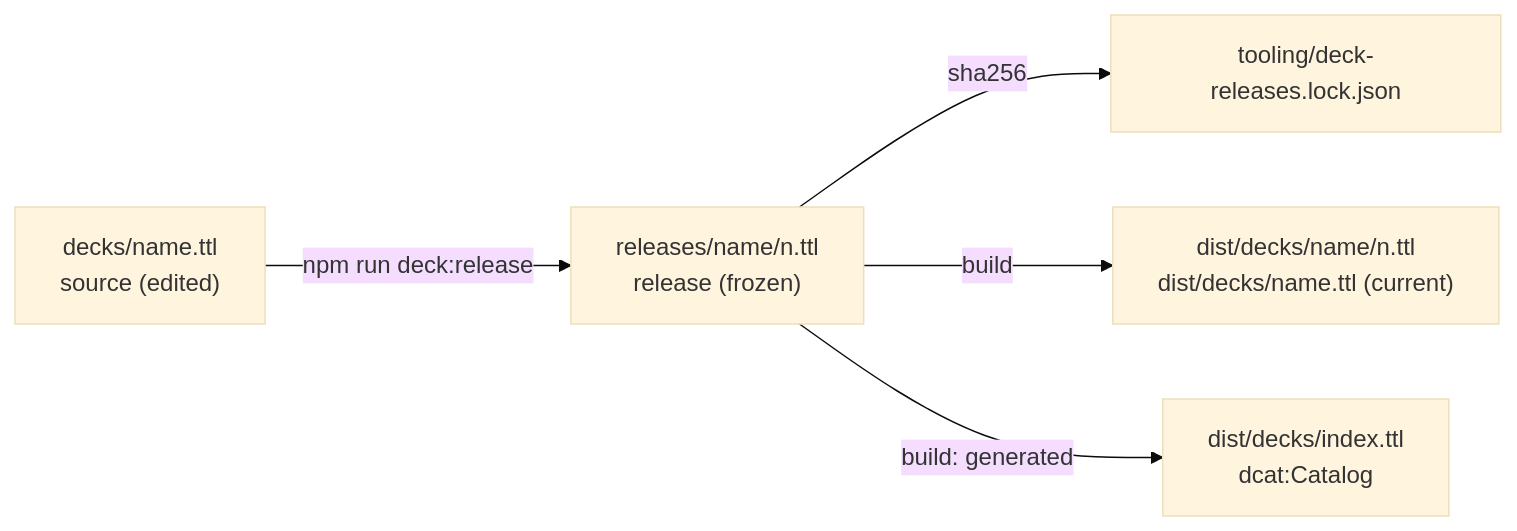
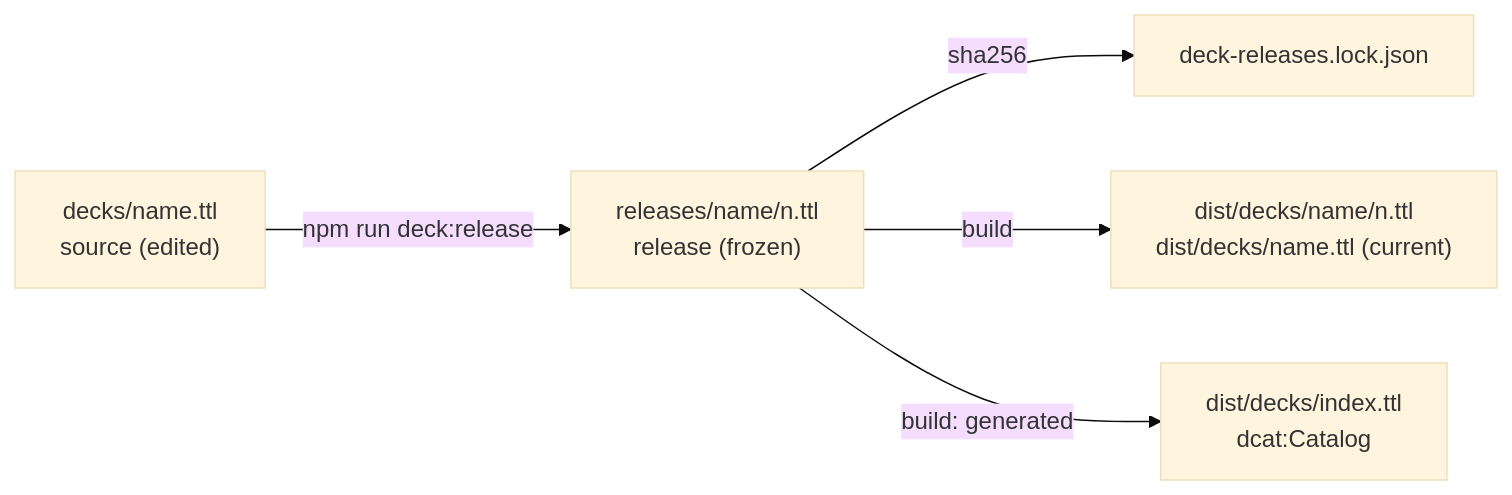
One commit to antwika/solid-memo changed the first of 2 diagrams in docs/deck-library.md. Above: the diagram before and after it, drawn with Mermaid (base theme). The commit also changed other lines of this file and 631 other files, not shown here.

````diff
--- a/docs/deck-library.md
+++ b/docs/deck-library.md
@@ -11,7 +11,7 @@
 ```mermaid
 flowchart LR
     src["decks/name.ttl<br/>source (edited)"] -->|npm run deck:release| rel["releases/name/n.ttl<br/>release (frozen)"]
-    rel -->|sha256| lock["tooling/deck-releases.lock.json"]
+    rel -->|sha256| lock["deck-releases.lock.json"]
     rel -->|build| dist["dist/decks/name/n.ttl<br/>dist/decks/name.ttl (current)"]
     rel -->|build: generated| idx["dist/decks/index.ttl<br/>dcat:Catalog"]
 ```
````
